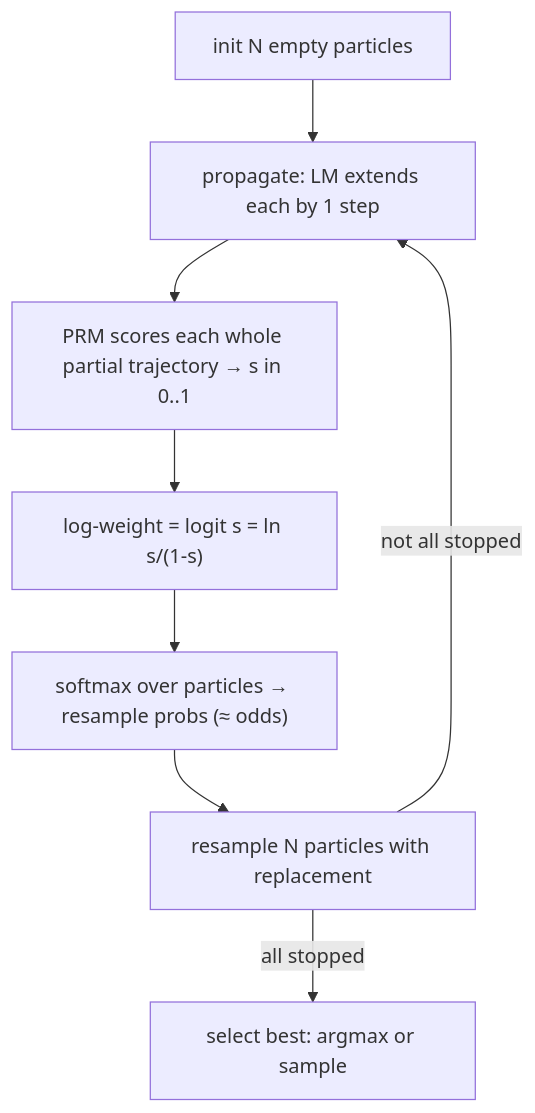
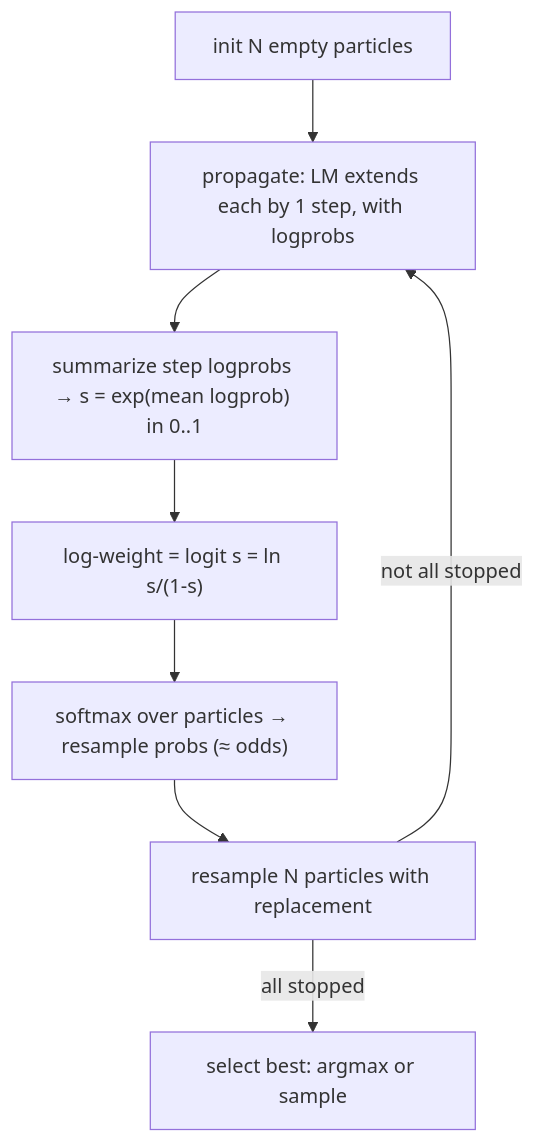
One commit to Red-Hat-AI-Innovation-Team/its_hub changed the diagram in documentation/07-particle-filtering.md. Above: the diagram before and after it, drawn with Mermaid. The commit also changed other lines of this file and 121 other files, not shown here.

````diff
--- a/documentation/07-particle-filtering.md
+++ b/documentation/07-particle-filtering.md
@@ -36,10 +41,10 @@
 ```mermaid
 flowchart TD
-    I[init N empty particles] --> PR[propagate: LM extends each by 1 step]
-    PR --> SC[PRM scores each whole partial trajectory → s in 0..1]
+    I[init N empty particles] --> PR[propagate: LM extends each by 1 step, with logprobs]
+    PR --> SC["summarize step logprobs → s = exp(mean logprob) in 0..1"]
     SC --> LW["log-weight = logit s = ln s/(1-s)"]
     LW --> SM["softmax over particles → resample probs (≈ odds)"]
     SM --> RS[resample N particles with replacement]
     RS -->|not all stopped| PR
     RS -->|all stopped| SEL[select best: argmax or sample]
 ```
````
